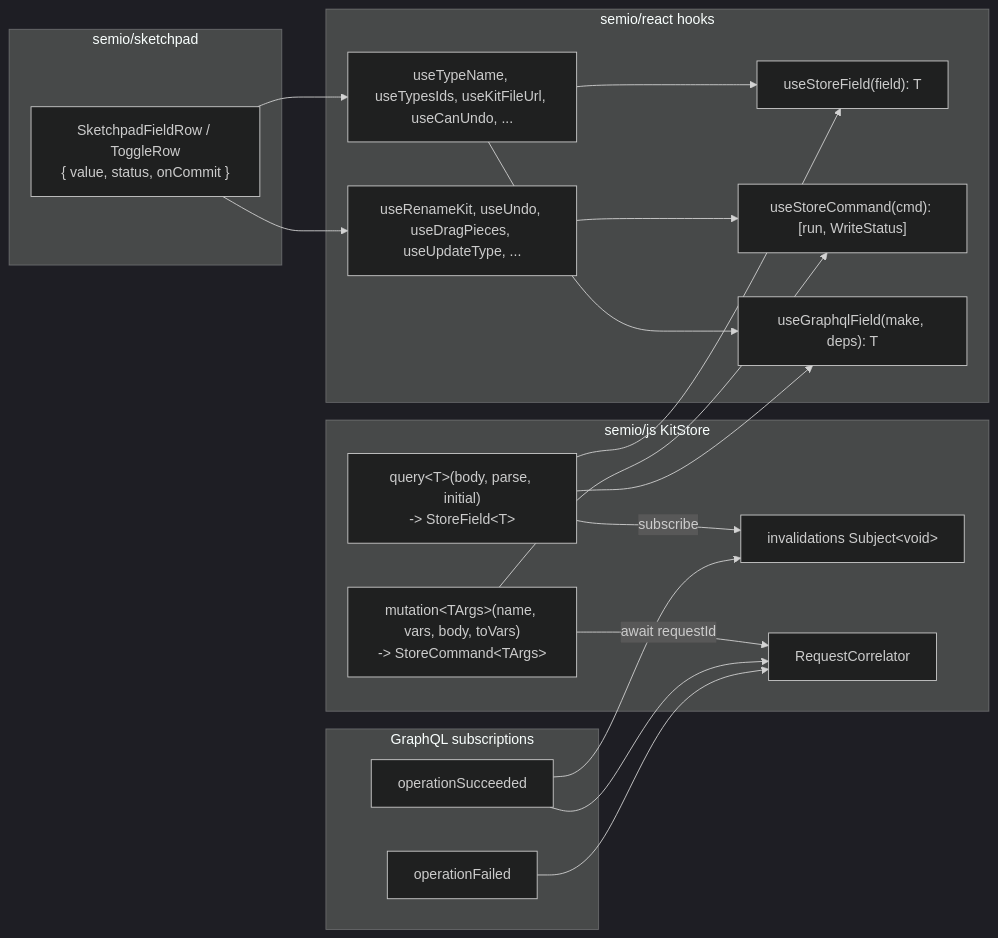
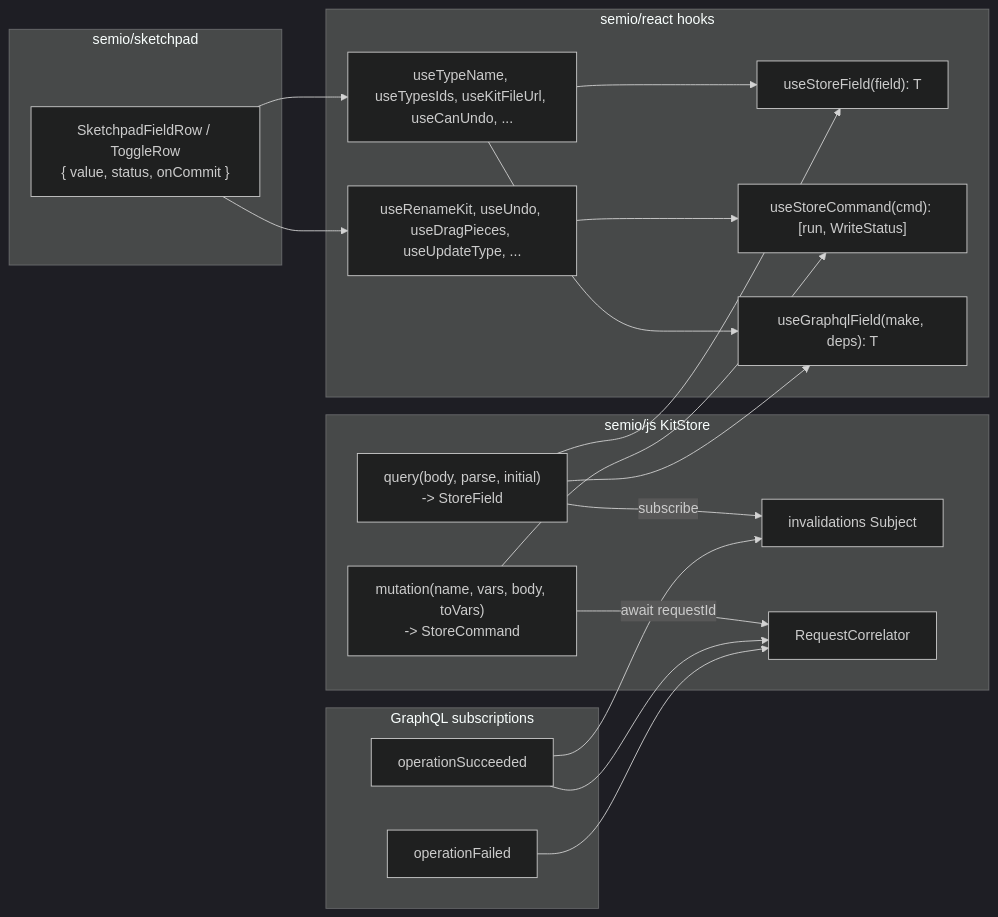
The diagram in .cursor/plans/strict-read-write-hooks_b877f378.plan.md (usalu/semio), drawn with Mermaid (dark theme) before and after one commit. The commit also changed other lines of this file and 1 other file, not shown here.

````diff
--- a/.cursor/plans/strict-read-write-hooks_b877f378.plan.md
+++ b/.cursor/plans/strict-read-write-hooks_b877f378.plan.md
@@ -27,34 +27,34 @@
 ```mermaid
 graph LR
   subgraph SemioJs["semio/js KitStore"]
-    Q["query&lt;T&gt;(body, parse, initial)<br/>-&gt; StoreField&lt;T&gt;"]
-    M["mutation&lt;TArgs&gt;(name, vars, body, toVars)<br/>-&gt; StoreCommand&lt;TArgs&gt;"]
-    INVS["invalidations Subject&lt;void&gt;"]
+    Q["query<T>(body, parse, initial)<br/>-> StoreField<T>"]
+    M["mutation<TArgs>(name, vars, body, toVars)<br/>-> StoreCommand<TArgs>"]
+    INVS["invalidations Subject<void>"]
     CORR["RequestCorrelator"]
     Q -- subscribe --> INVS
     M -- await requestId --> CORR
   end
   subgraph Sub["GraphQL subscriptions"]
     OS["operationSucceeded"] --> CORR
     OS --> INVS
     OF["operationFailed"] --> CORR
   end
   subgraph SemioReact["semio/react hooks"]
     USF["useStoreField(field): T"]
     USC["useStoreCommand(cmd): [run, WriteStatus]"]
     UGF["useGraphqlField(make, deps): T"]
     R["useTypeName, useTypesIds, useKitFileUrl, useCanUndo, ..."]
     W["useRenameKit, useUndo, useDragPieces, useUpdateType, ..."]
     R --> USF
     R --> UGF
     W --> USC
   end
   Q --> USF
   Q --> UGF
   M --> USC
   subgraph Sketchpad["semio/sketchpad"]
     Row["SketchpadFieldRow / ToggleRow<br/>{ value, status, onCommit }"]
     Row --> R
     Row --> W
   end
 ```
````
